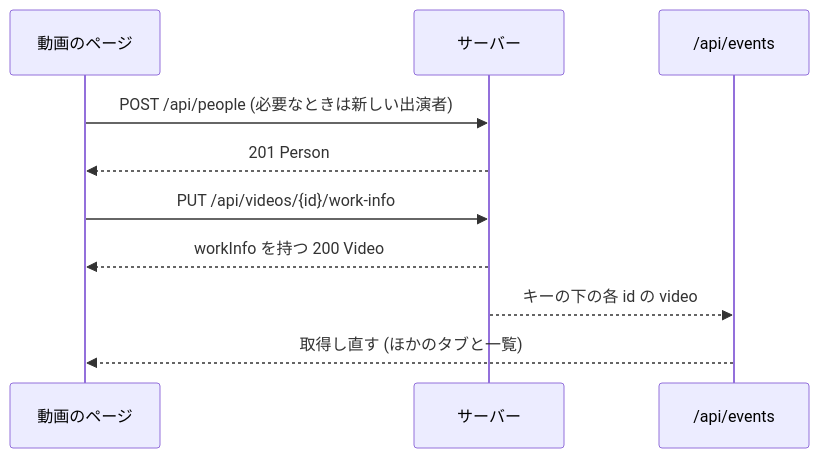
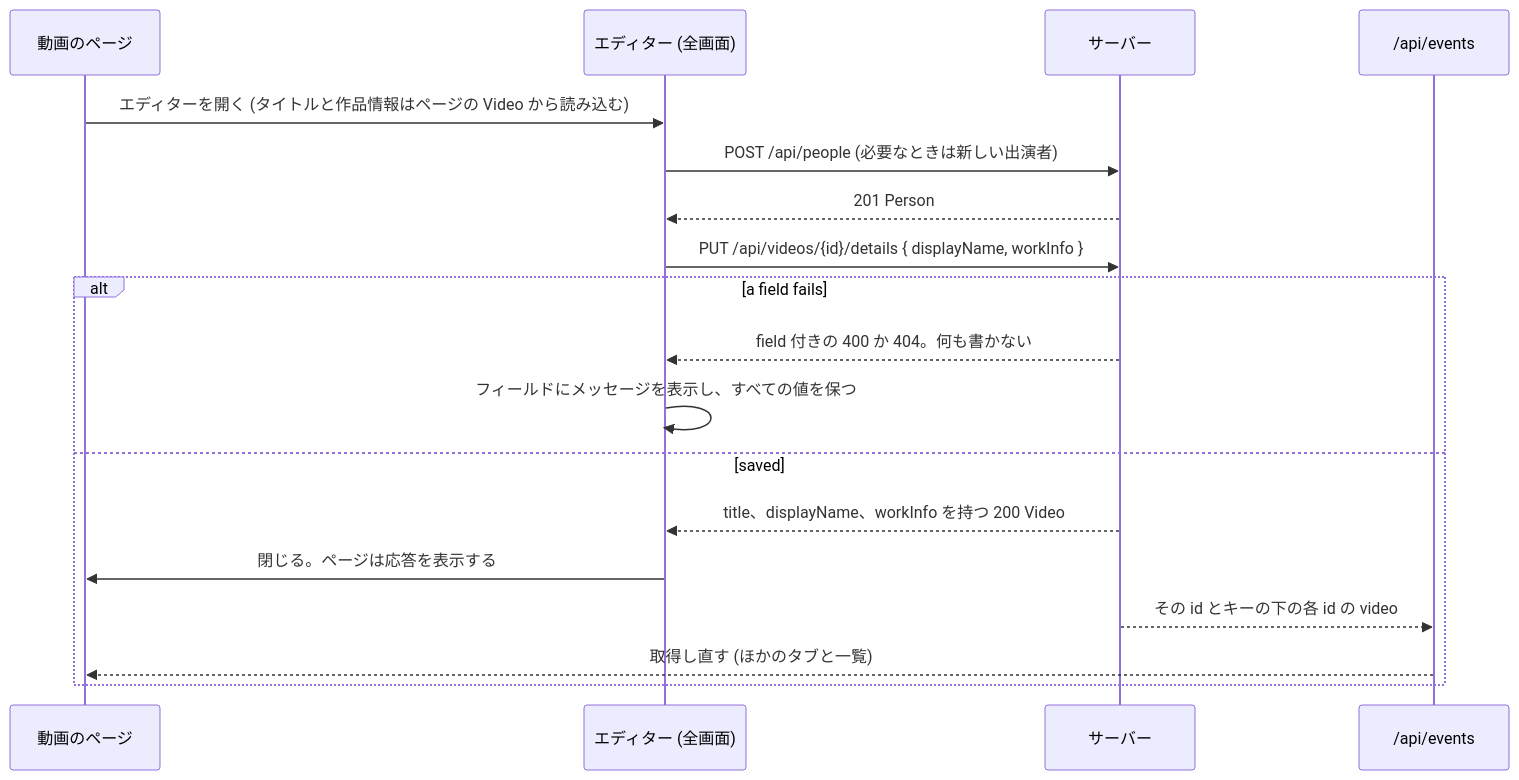
The first of 2 diagrams in translations/ja/specs/047-video-work-info/contracts/screen-api.md (syudead/vv), drawn with Mermaid before and after one commit. The commit also changed other lines of this file and 3 other files, not shown here.

````diff
--- a/translations/ja/specs/047-video-work-info/contracts/screen-api.md
+++ b/translations/ja/specs/047-video-work-info/contracts/screen-api.md
@@ -55,12 +76,20 @@
 ```mermaid
 sequenceDiagram
   participant P as 動画のページ
+  participant D as エディター (全画面)
   participant S as サーバー
   participant E as /api/events
-  P->>S: POST /api/people (必要なときは新しい出演者)
-  S-->>P: 201 Person
-  P->>S: PUT /api/videos/{id}/work-info
-  S-->>P: workInfo を持つ 200 Video
-  S-->>E: キーの下の各 id の video
-  E-->>P: 取得し直す (ほかのタブと一覧)
+  P->>D: エディターを開く (タイトルと作品情報はページの Video から読み込む)
+  D->>S: POST /api/people (必要なときは新しい出演者)
+  S-->>D: 201 Person
+  D->>S: PUT /api/videos/{id}/details { displayName, workInfo }
+  alt a field fails
+    S-->>D: field 付きの 400 か 404。何も書かない
+    D->>D: フィールドにメッセージを表示し、すべての値を保つ
+  else saved
+    S-->>D: title、displayName、workInfo を持つ 200 Video
+    D->>P: 閉じる。ページは応答を表示する
+    S-->>E: その id とキーの下の各 id の video
+    E-->>P: 取得し直す (ほかのタブと一覧)
+  end
 ```
````
